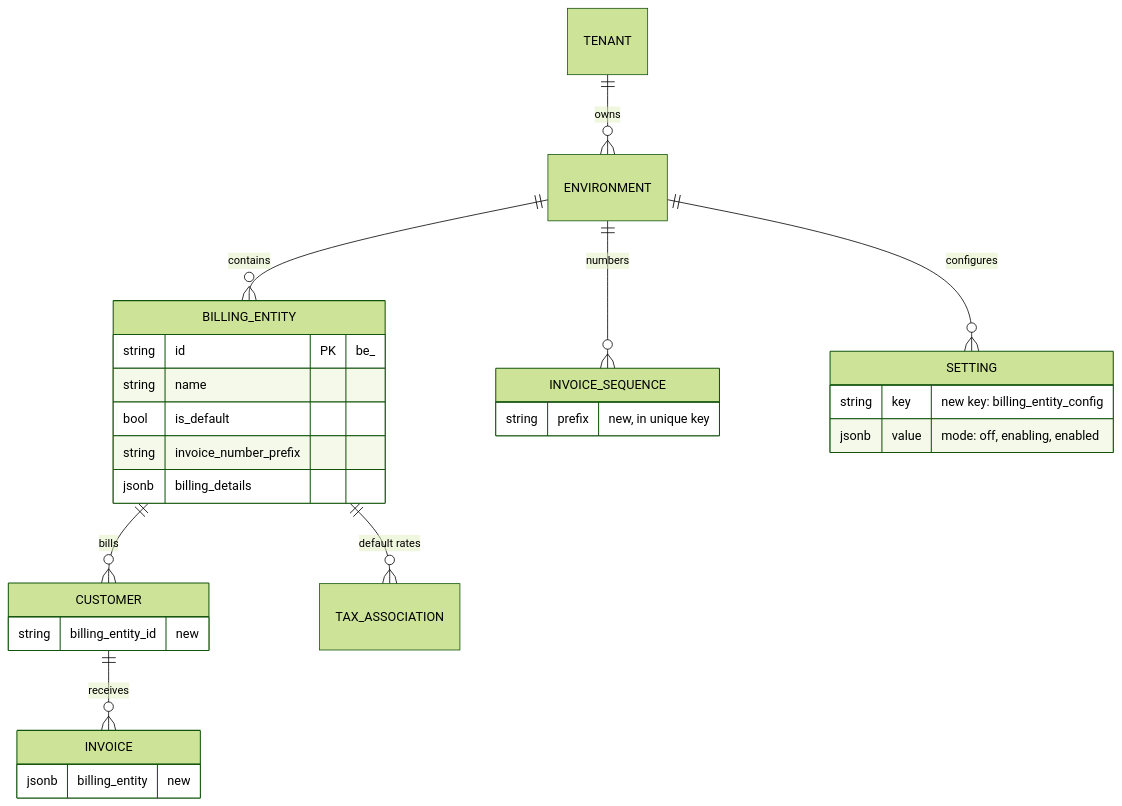
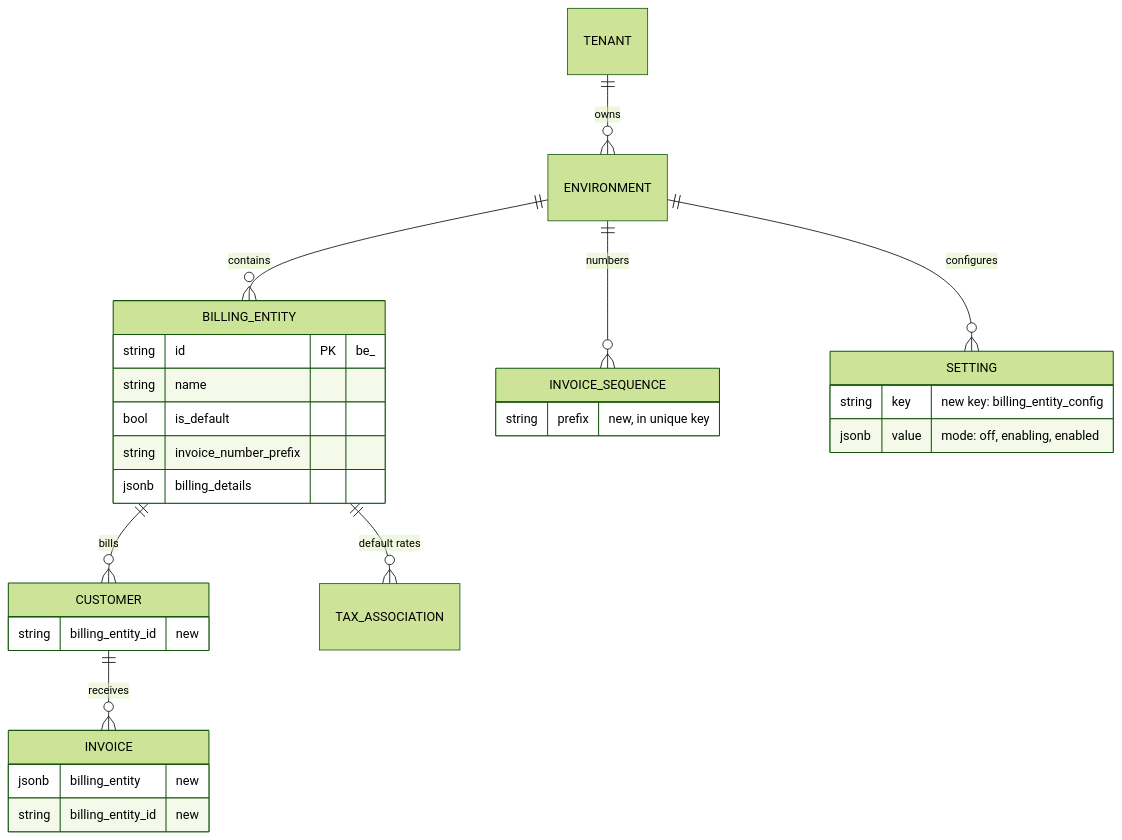
Before and after one commit to flexprice/flexprice: the second of 6 diagrams in docs/design/2026-10-27-billing-entities-p1-erd.md, drawn with Mermaid (forest theme). The commit also changed other lines of this file and 31 other files, not shown here.

First line of the commit message:
feat(billing-entities): store billing_entity_id on invoices

````diff
--- a/docs/design/2026-10-27-billing-entities-p1-erd.md
+++ b/docs/design/2026-10-27-billing-entities-p1-erd.md
@@ -225,30 +226,31 @@
 ```mermaid
 erDiagram
   TENANT ||--o{ ENVIRONMENT : owns
   ENVIRONMENT ||--o{ BILLING_ENTITY : contains
   BILLING_ENTITY ||--o{ CUSTOMER : bills
   BILLING_ENTITY ||--o{ TAX_ASSOCIATION : "default rates"
   CUSTOMER ||--o{ INVOICE : receives
   ENVIRONMENT ||--o{ INVOICE_SEQUENCE : numbers
   ENVIRONMENT ||--o{ SETTING : configures
   SETTING {
     string key "new key: billing_entity_config"
     jsonb value "mode: off, enabling, enabled"
   }
   BILLING_ENTITY {
     string id PK "be_"
     string name
     bool is_default
     string invoice_number_prefix
     jsonb billing_details
   }
   CUSTOMER {
     string billing_entity_id "new"
   }
   INVOICE {
     jsonb billing_entity "new"
+    string billing_entity_id "new"
   }
   INVOICE_SEQUENCE {
     string prefix "new, in unique key"
   }
 ```
````
